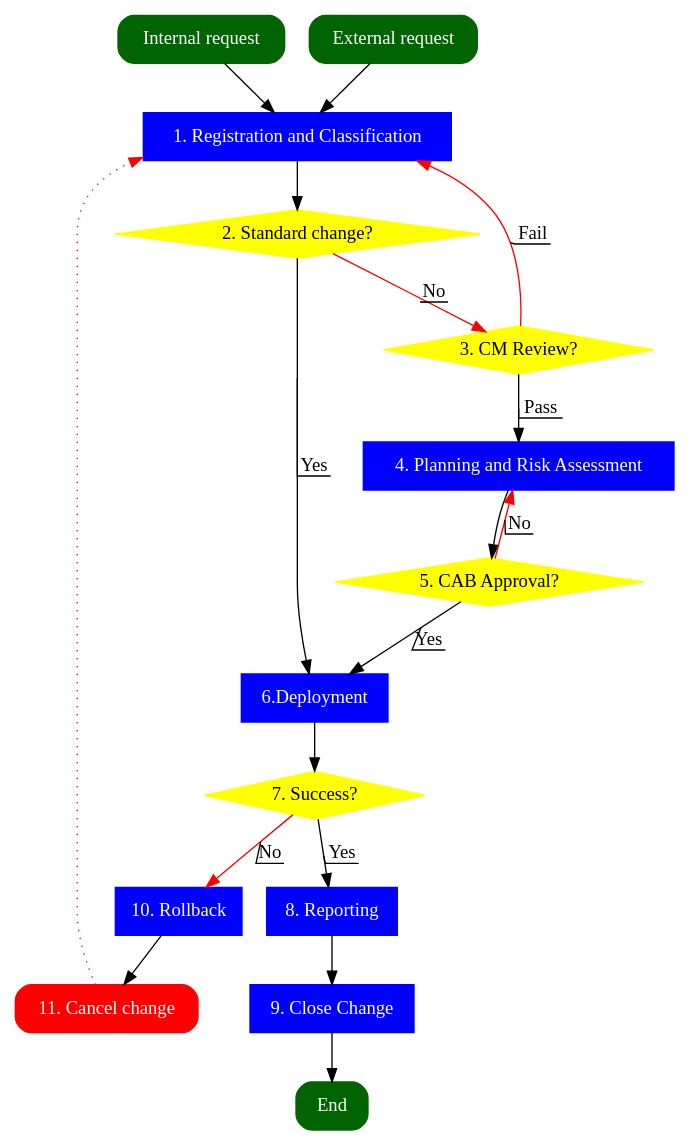
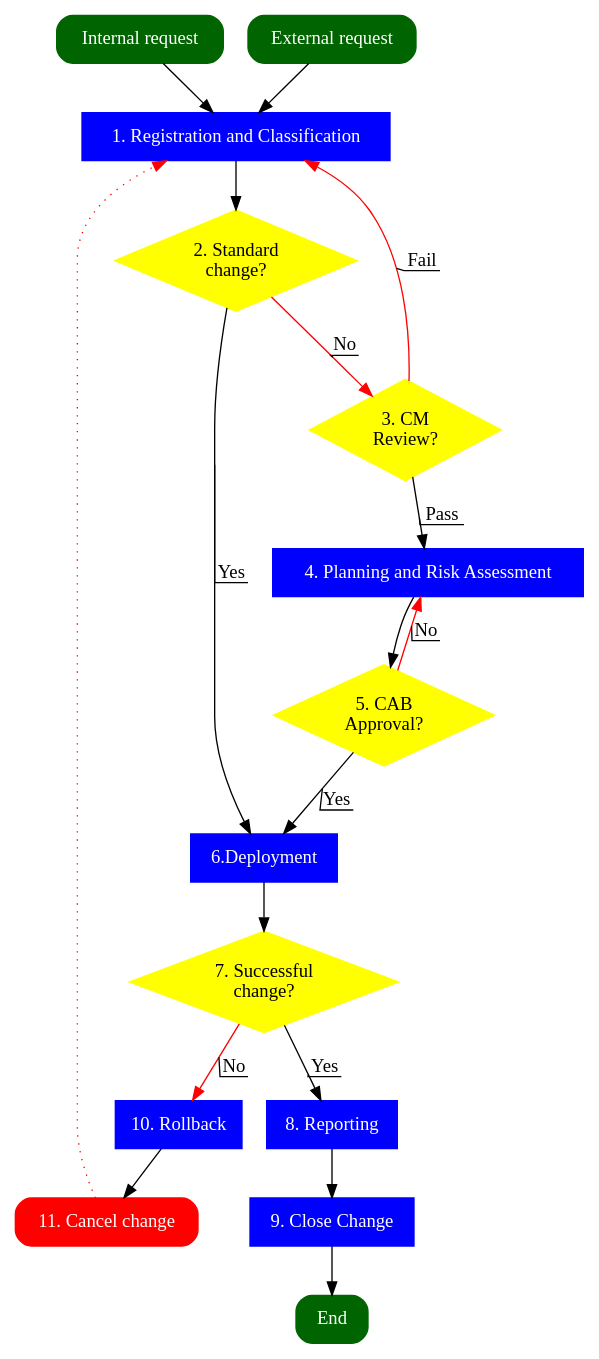
Before and after one commit to dstergiou/workflow: the diagram in change_management.dot, drawn with Graphviz.

Commit message:
better decision boxes

```diff
--- a/change_management.dot
+++ b/change_management.dot
@@ -1,125 +1,125 @@
 digraph {
     node[fontname="Verdana", style=rounded]
     internal_change[
         shape=box, 
         style="rounded,filled", 
         color=darkgreen, 
         fontcolor=white,
         label="Internal request"];
     external_change[
         shape=box, 
         style="rounded,filled", 
         color=darkgreen, 
         fontcolor=white,
         label="External request"];
     end_finish[
         shape=box, 
         style="rounded,filled", 
         color=darkgreen,
         fontcolor=white,              
         label="End"];
     end_cancel[
         shape=box, 
         style="rounded,filled", 
         color=red, 
         fontcolor=white,
         label="11. Cancel change"];
     registration[
         shape=box, 
         style=filled,
         color=blue,
         fontcolor=white,
         label="1. Registration and Classification"];
     deployment[
         shape=box, 
         style=filled,
         color=blue,
         fontcolor=white,
         label="6.Deployment"];
     planning[
         shape=box, 
         style=filled,
         color=blue,
         fontcolor=white,
         label="4. Planning and Risk Assessment"];
     rollback[
         shape=box, 
         style=filled,
         color=blue,
         fontcolor=white,
         label="10. Rollback"];
     reporting[
         shape=box, 
         style=filled,
         color=blue,
         fontcolor=white,
         label="8. Reporting"];
     close[
         shape=box, 
         style=filled,
         color=blue,
         fontcolor=white,
         label="9. Close Change"];
 
     if_preapproved[
         shape=diamond, 
         style=filled,
         color=yellow,
-        label="2. Standard change?"];
+        label="2. Standard\n change?"];
     if_cmapproved[
         shape=diamond,
         style=filled,
         color=yellow, 
-        label="3. CM Review?"];
+        label="3. CM\n Review?"];
     if_cabapproved[
         shape=diamond,
         style=filled,
         color=yellow, 
-        label="5. CAB Approval?"];
+        label="5. CAB\n Approval?"];
     if_changesuccess[
         shape=diamond,
         style=filled,
         color=yellow, 
-        label="7. Success?"];
+        label="7. Successful\nchange?"];
 
     internal_change -> registration;
     external_change -> registration
     registration -> if_preapproved;
     if_preapproved -> deployment[
         label=Yes,
         decorate=true];
     if_preapproved -> if_cmapproved[
         label=No, 
         color=red
         decorate=true];
     if_cmapproved -> planning[
         label=Pass,
         decorate=true];
     if_cmapproved -> registration[
         label=Fail, 
         color=red, 
         decorate=true];
     planning -> if_cabapproved
     if_cabapproved -> deployment[
         label=Yes,
         decorate=true];
     if_cabapproved -> planning[
         label=No, 
         color=red,
         decorate=true];
     deployment -> if_changesuccess
     if_changesuccess -> reporting[
         label=Yes,
         decorate=true];
     if_changesuccess -> rollback[
         label=No, 
         color=red,
         decorate=true];
     rollback -> end_cancel;
     reporting -> close;
     close -> end_finish;
     end_cancel -> registration [
         color=red,
         style=dotted,
     ];
 }
```
